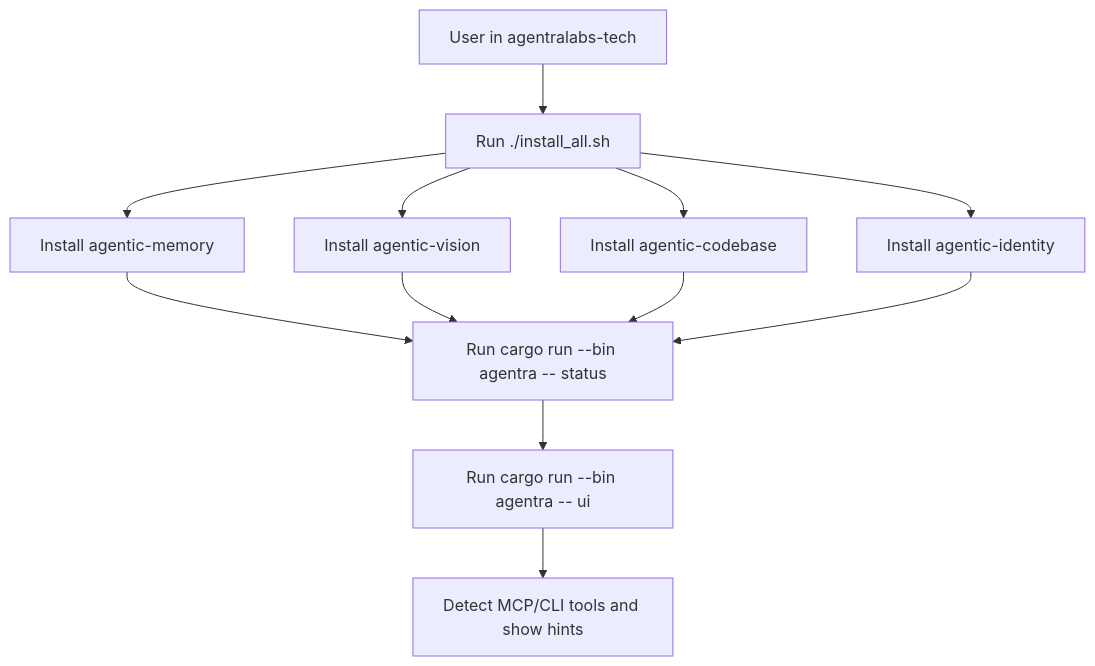
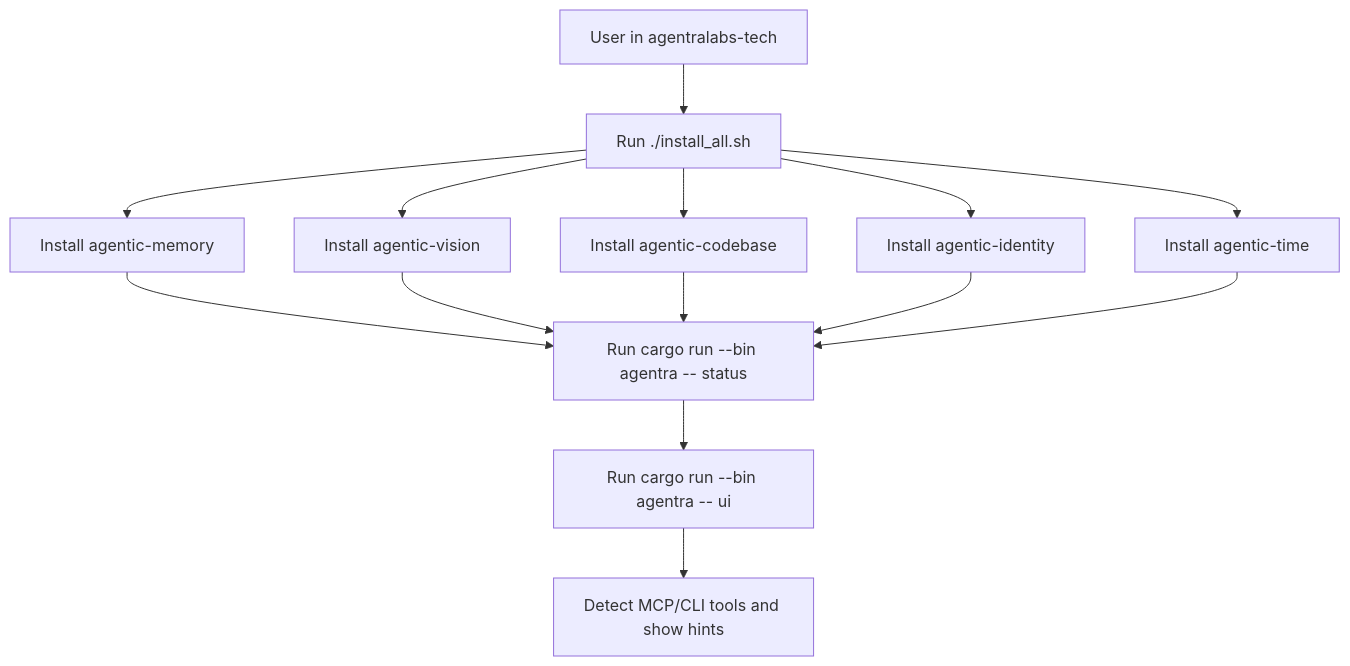
The diagram in README.md (agentralabs/agentralabs-tech), drawn with Mermaid before and after one commit. The commit also changed other lines of this file and 1 other file, not shown here.

Commit message:
fix: update README (trim screenshots/install sections) + add agentic-time to CI clone + fix web repo name

````diff
--- a/README.md
+++ b/README.md
@@ -21,14 +22,16 @@
 ```mermaid
 flowchart TD
     A["User in agentralabs-tech"] --> B["Run ./install_all.sh"]
     B --> C["Install agentic-memory"]
     B --> D["Install agentic-vision"]
     B --> E["Install agentic-codebase"]
     B --> F2["Install agentic-identity"]
+    B --> F3["Install agentic-time"]
     C --> F["Run cargo run --bin agentra -- status"]
     D --> F
     E --> F
     F2 --> F
+    F3 --> F
     F --> G["Run cargo run --bin agentra -- ui"]
     G --> H["Detect MCP/CLI tools and show hints"]
 ```
````
